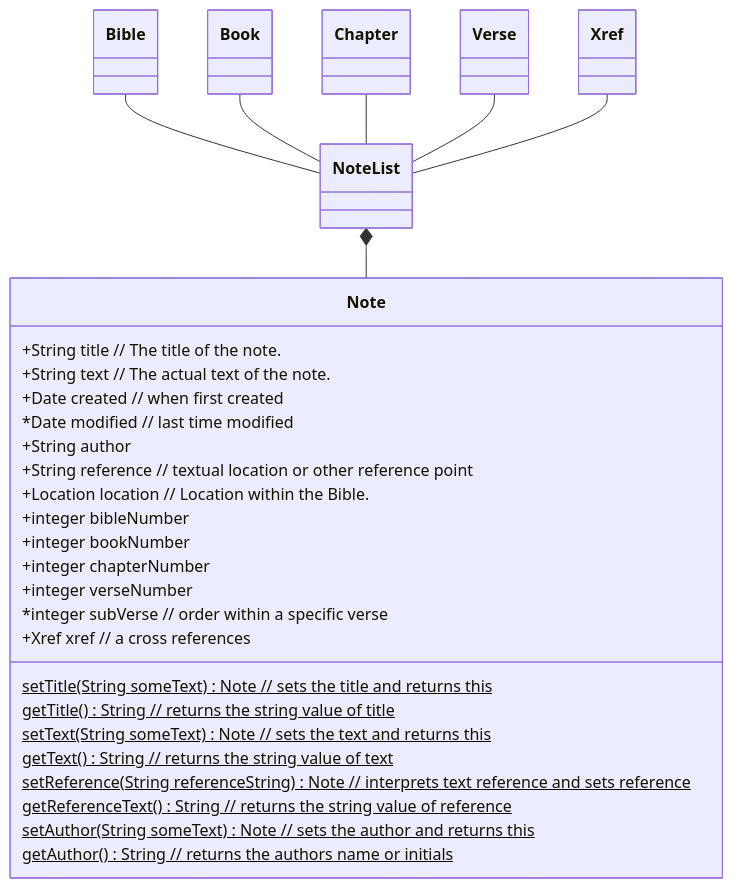
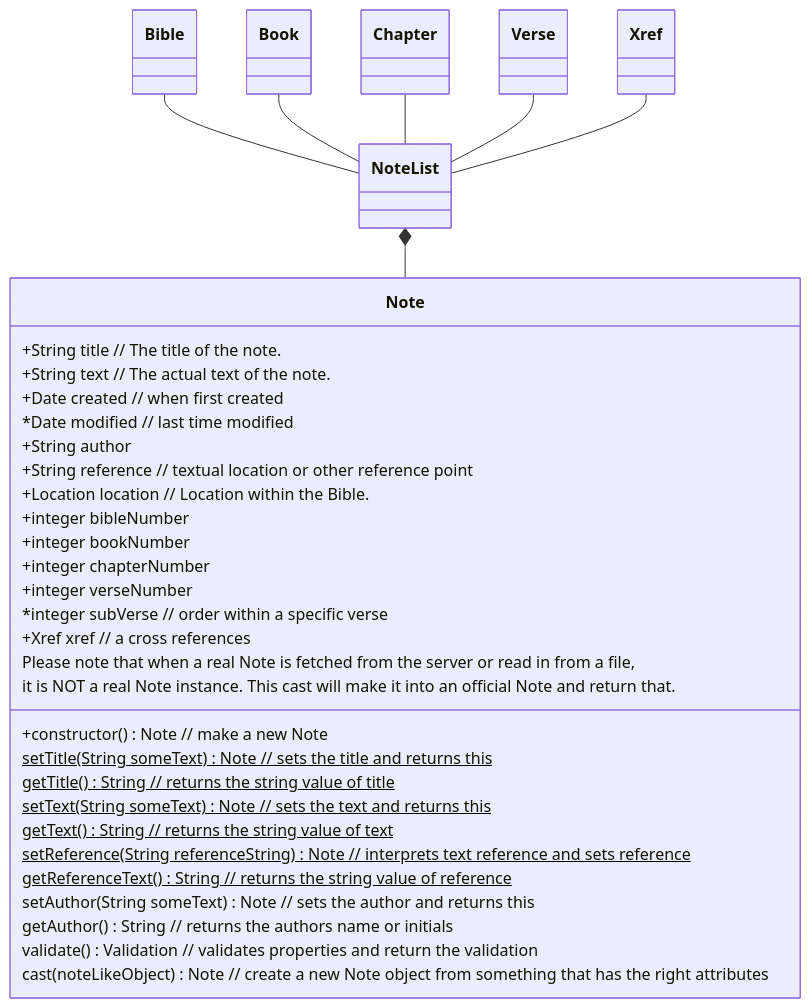
One commit to MichaelKentBurns/BibleModel changed the diagram in ObjectModel/Note.md. Above: the diagram before and after it, drawn with Mermaid. The commit also changed 5 other files, not shown here.

Commit message:
Issue 20: Create CSVDataSource as subclass of DataSource https://github.com/MichaelKentBurns/BibleModel/issues/20 NoteList uses CSVDataSource to import Notes from CSV file exported by 3rd party BibleStudy apps like OliveTree. This also required an addition to the preferences.json

````diff
--- a/ObjectModel/Note.md
+++ b/ObjectModel/Note.md
@@ -21,32 +21,37 @@
  ```mermaid
  classDiagram
     class Note {
+      +constructor() Note // make a new Note
          +String title        // The title of the note.
          +String text        // The actual text of the note.
          +Date  created        // when first created
          *Date  modified       // last time modified
          +String author
          +String   reference    // textual location or other reference point
          +Location location     // Location within the Bible.
          +integer bibleNumber
          +integer bookNumber
          +integer chapterNumber
          +integer verseNumber
          *integer subVerse   // order within a specific verse
          +Xref xref      // a cross references
      setTitle(String someText)$ Note  // sets the title and returns this
      getTitle()$ String // returns the string value of title
      setText(String someText)$ Note  // sets the text and returns this
      getText()$ String // returns the string value of text
      setReference(String referenceString )$ Note  // interprets text reference and sets reference
      getReferenceText()$ String // returns the string value of reference
-     setAuthor(String someText)$ Note  // sets the author and returns this
-     getAuthor()$ String // returns the authors name or initials
+     setAuthor(String someText) Note  // sets the author and returns this
+     getAuthor() String // returns the authors name or initials
+     validate()  Validation  // validates properties and return the validation
+     cast(noteLikeObject) Note   // create a new Note object from something that has the right attributes
+         Please note that when a real Note is fetched from the server or read in from a file,
+         it is NOT a real Note instance.  This cast will make it into an official Note and return that.
  }
  NoteList *-- Note
  Bible -- NoteList
  Book -- NoteList
  Chapter -- NoteList
  Verse -- NoteList
  Xref -- NoteList
  ```
````
